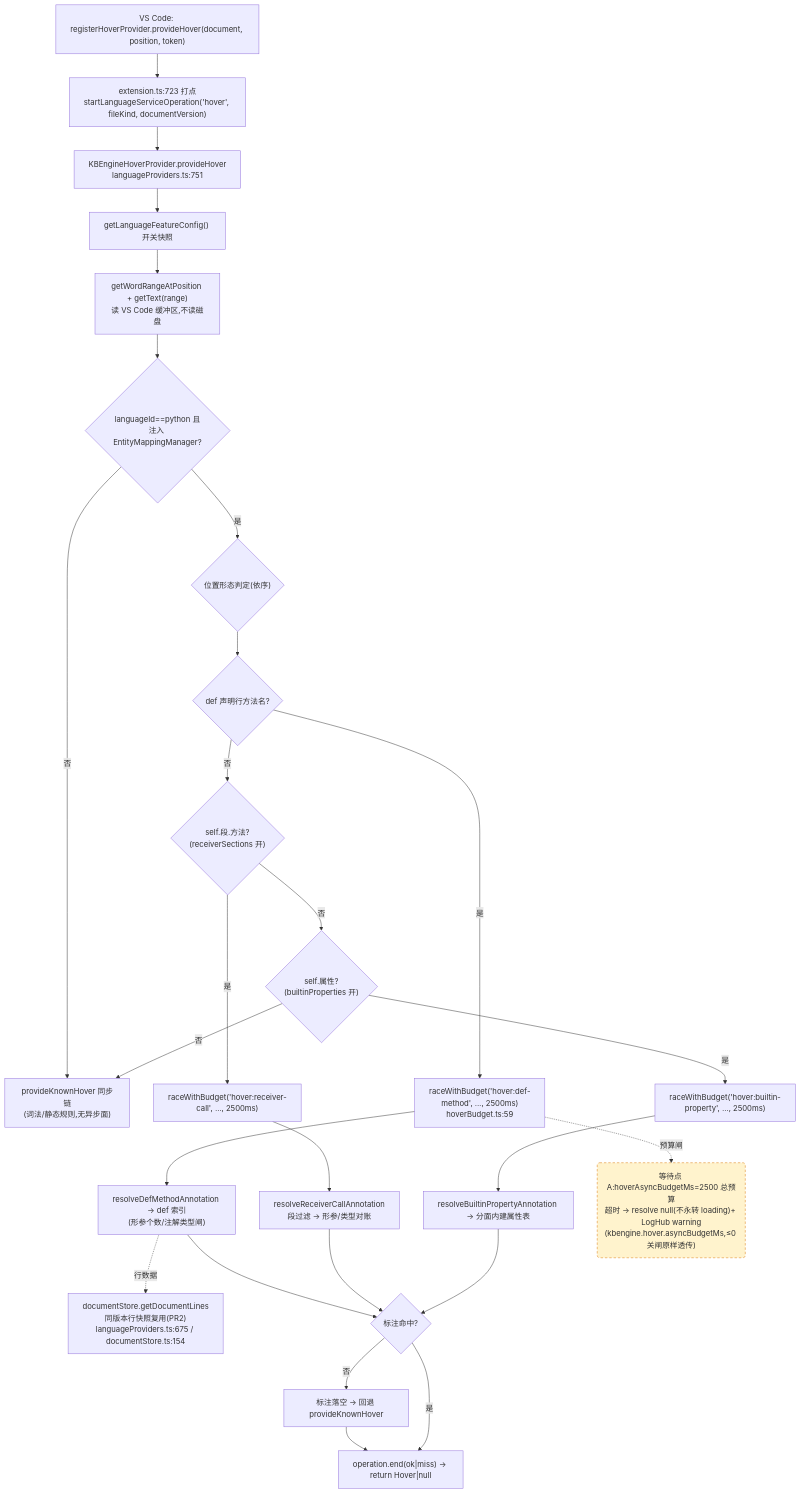
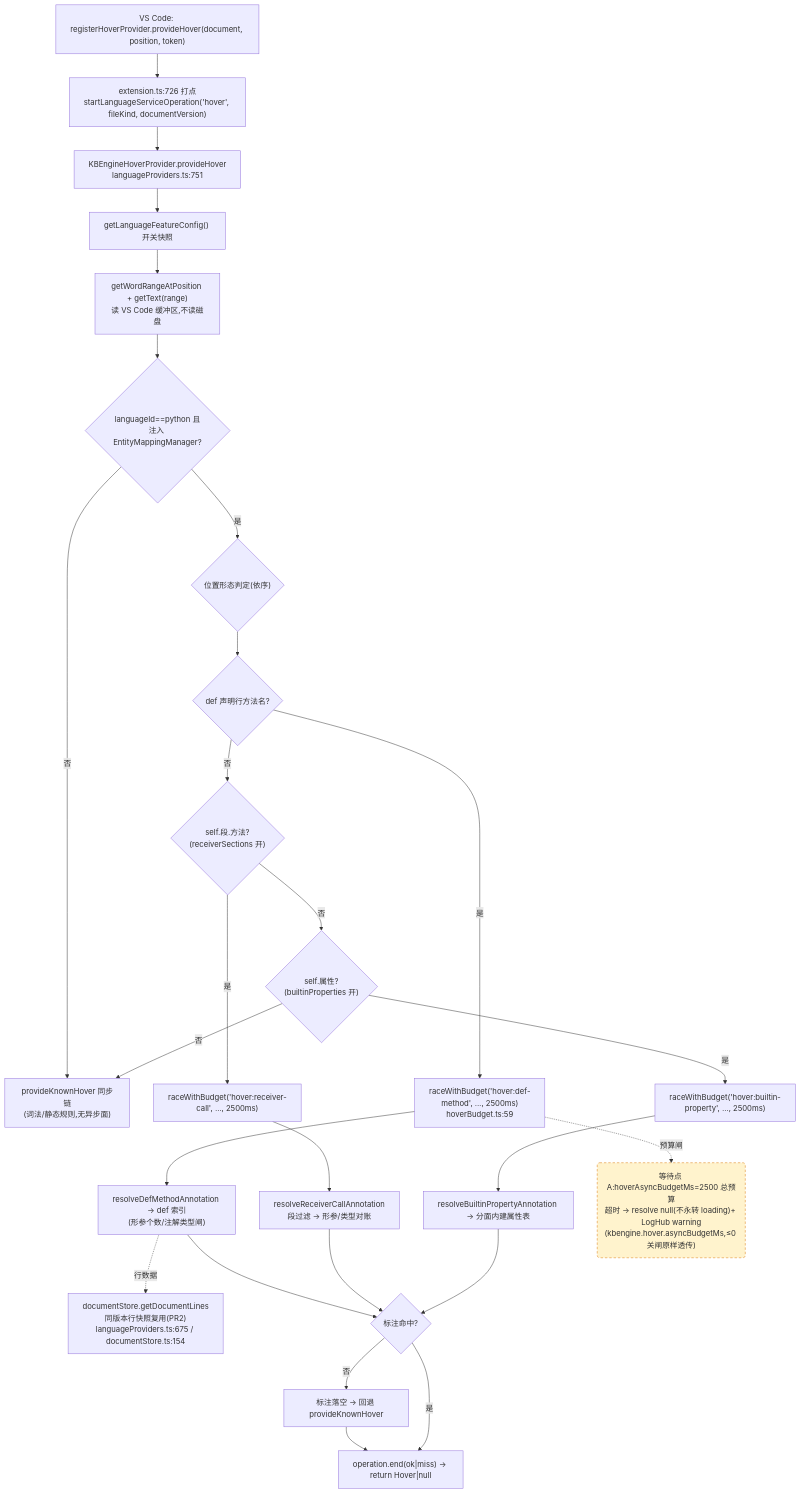
The first of 4 diagrams in docs/perf/2026-baseline.md (cuihairu/kode), drawn with Mermaid before and after one commit. The commit also changed other lines of this file and 10 other files, not shown here.

````diff
--- a/docs/perf/2026-baseline.md
+++ b/docs/perf/2026-baseline.md
@@ -82,45 +82,45 @@
 ```mermaid
 flowchart TD
   VC1["VS Code: registerHoverProvider.provideHover(document, position, token)"]
-  M1["extension.ts:723 打点<br/>startLanguageServiceOperation('hover', fileKind, documentVersion)"]
+  M1["extension.ts:726 打点<br/>startLanguageServiceOperation('hover', fileKind, documentVersion)"]
   HP["KBEngineHoverProvider.provideHover<br/>languageProviders.ts:751"]
   CFG["getLanguageFeatureConfig() 开关快照"]
   WORD["getWordRangeAtPosition + getText(range)<br/>读 VS Code 缓冲区,不读磁盘"]
   BR{"languageId==python 且<br/>注入 EntityMappingManager?"}
   KN["provideKnownHover 同步链<br/>(词法/静态规则,无异步面)"]
   POS{"位置形态判定(依序)"}
   D1{"def 声明行方法名?"}
   D2{"self.段.方法?<br/>(receiverSections 开)"}
   D3{"self.属性?<br/>(builtinProperties 开)"}
   RA1["raceWithBudget('hover:def-method', …, 2500ms)<br/>hoverBudget.ts:59"]
   RA2["raceWithBudget('hover:receiver-call', …, 2500ms)"]
   RA3["raceWithBudget('hover:builtin-property', …, 2500ms)"]
   RS1["resolveDefMethodAnnotation → def 索引<br/>(形参个数/注解类型闸)"]
   RS2["resolveReceiverCallAnnotation<br/>段过滤 → 形参/类型对账"]
   RS3["resolveBuiltinPropertyAnnotation → 分面内建属性表"]
   LINES["documentStore.getDocumentLines<br/>同版本行快照复用(PR2)<br/>languageProviders.ts:675 / documentStore.ts:154"]
   MISS["标注落空 → 回退 provideKnownHover"]
   END1["operation.end(ok|miss) → return Hover|null"]
 
   VC1 --> M1 --> HP --> CFG --> WORD --> BR
   BR -- "否" --> KN
   BR -- "是" --> POS --> D1
   D1 -- "是" --> RA1 --> RS1
   D1 -- "否" --> D2
   D2 -- "是" --> RA2 --> RS2
   D2 -- "否" --> D3
   D3 -- "是" --> RA3 --> RS3
   D3 -- "否" --> KN
   RS1 --> HIT{"标注命中?"}
   RS2 --> HIT
   RS3 --> HIT
   RS1 -.->|行数据| LINES
   HIT -- "否" --> MISS --> END1
   HIT -- "是" --> END1
 
   WAITA("等待点 A:hoverAsyncBudgetMs=2500 总预算<br/>超时 → resolve null(不永转 loading)+ LogHub warning<br/>(kbengine.hover.asyncBudgetMs,≤0 关闸原样透传)")
   RA1 -.->|预算闸| WAITA
 
   classDef waitPoint fill:#fff3cd,stroke:#d97706,stroke-dasharray:5 4;
   class WAITA waitPoint;
 ```
````
